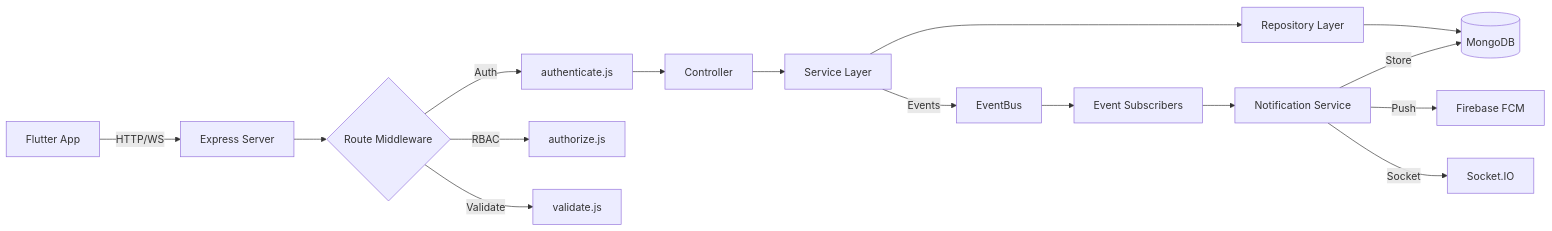
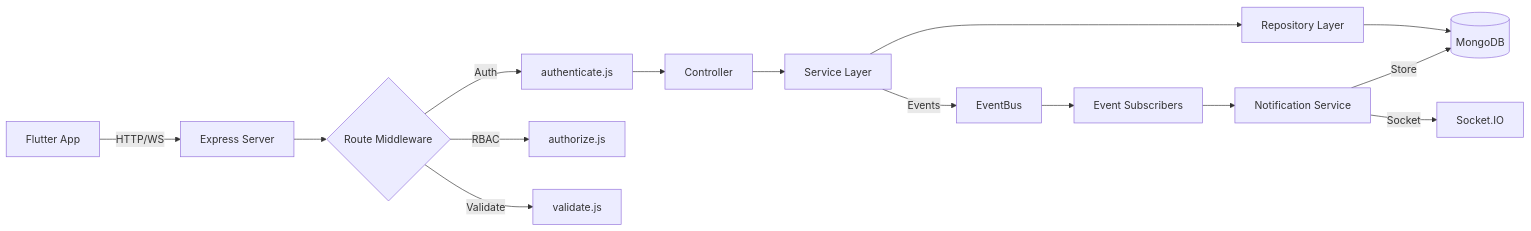
The first of 4 diagrams in MLA-Backend/architecture_walkthrough.md (gowthamvetri/TVK_BACKEND), drawn with Mermaid before and after one commit. The commit also changed 13 other files, not shown here.

Commit message:
feat: initialize backend project with modular architecture and core authentication services

````diff
--- a/MLA-Backend/architecture_walkthrough.md
+++ b/MLA-Backend/architecture_walkthrough.md
@@ -77,18 +77,17 @@
 ```mermaid
 graph LR
     A[Flutter App] -->|HTTP/WS| B[Express Server]
     B --> C{Route Middleware}
     C -->|Auth| D[authenticate.js]
     C -->|RBAC| E[authorize.js]
     C -->|Validate| F[validate.js]
     D --> G[Controller]
     G --> H[Service Layer]
     H --> I[Repository Layer]
     I --> J[(MongoDB)]
     H -->|Events| K[EventBus]
     K --> L[Event Subscribers]
     L --> M[Notification Service]
-    M -->|Push| N[Firebase FCM]
     M -->|Socket| O[Socket.IO]
     M -->|Store| J
 ```
````
